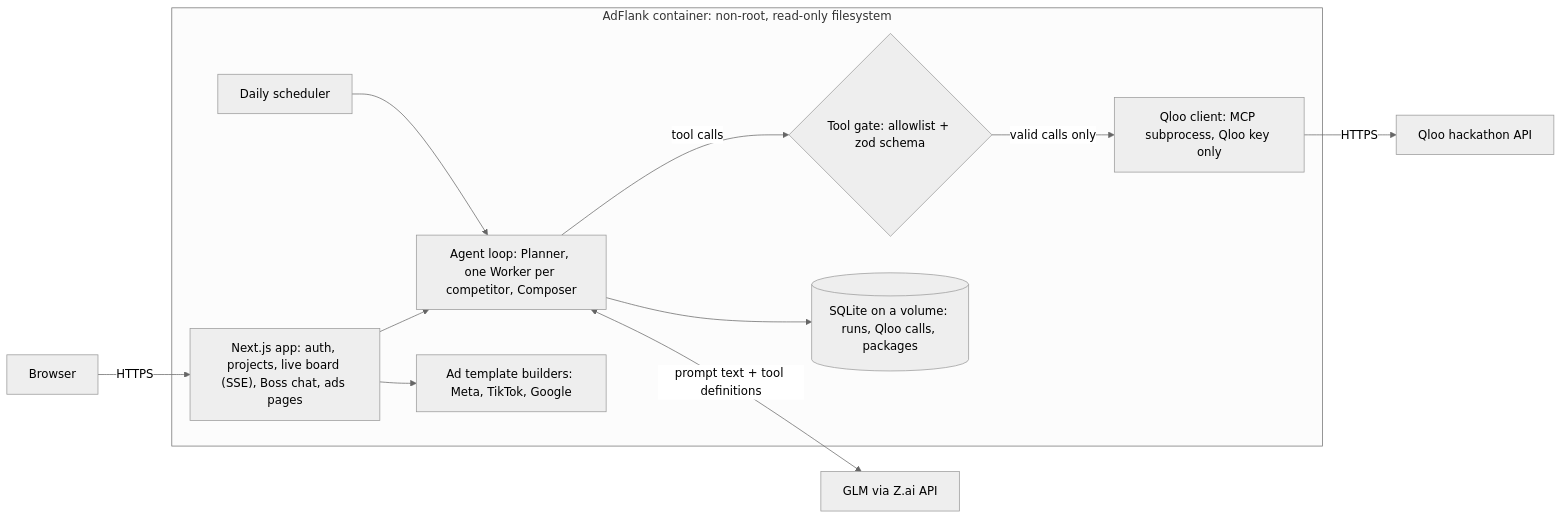
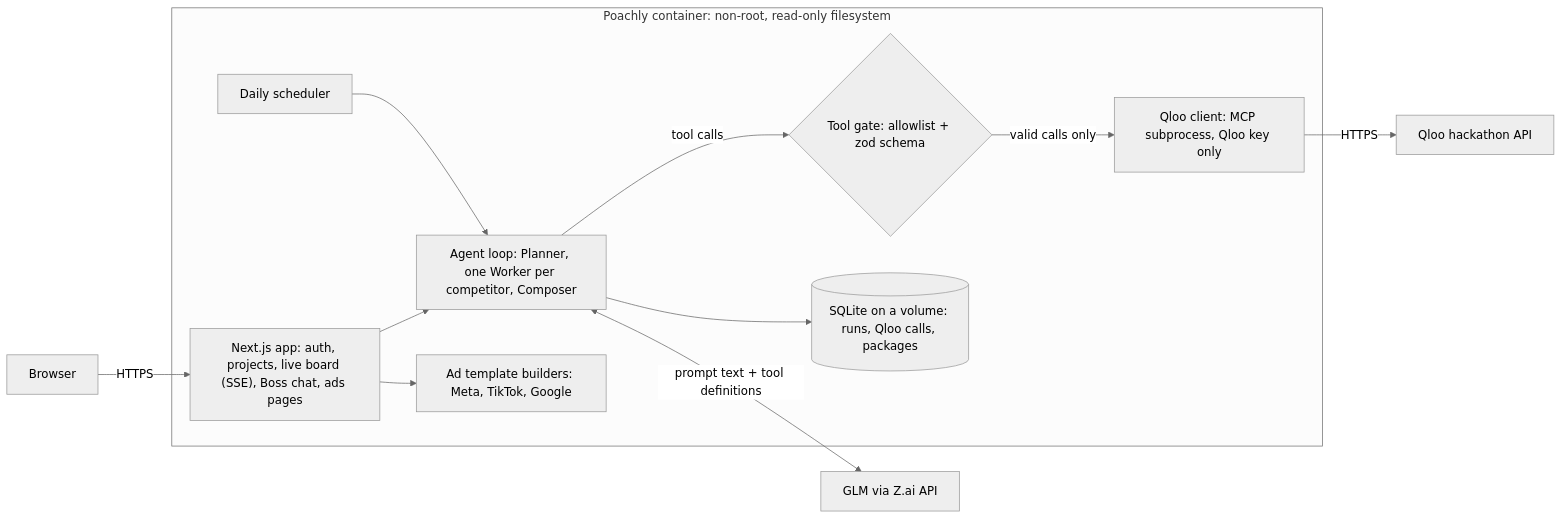
Before and after one commit to quartz246/adflank: the diagram in README.md, drawn with Mermaid (neutral theme). The commit also changed other lines of this file and 45 other files, not shown here.

````diff
--- a/README.md
+++ b/README.md
@@ -71,15 +76,15 @@
 ```mermaid
 flowchart LR
   B["Browser"] -->|HTTPS| APP
-  subgraph C["AdFlank container: non-root, read-only filesystem"]
+  subgraph C["Poachly container: non-root, read-only filesystem"]
     APP["Next.js app: auth, projects, live board (SSE), Boss chat, ads pages"]
     SCH["Daily scheduler"] --> LOOP
     APP --> LOOP["Agent loop: Planner, one Worker per competitor, Composer"]
     LOOP -->|"tool calls"| GATE{"Tool gate: allowlist + zod schema"}
     GATE -->|"valid calls only"| QC["Qloo client: MCP subprocess, Qloo key only"]
     LOOP --> DB[("SQLite on a volume: runs, Qloo calls, packages")]
     APP --> ADS["Ad template builders: Meta, TikTok, Google"]
   end
   LOOP <-->|"prompt text + tool definitions"| LLM["GLM via Z.ai API"]
   QC -->|HTTPS| QLOO["Qloo hackathon API"]
 ```
````
